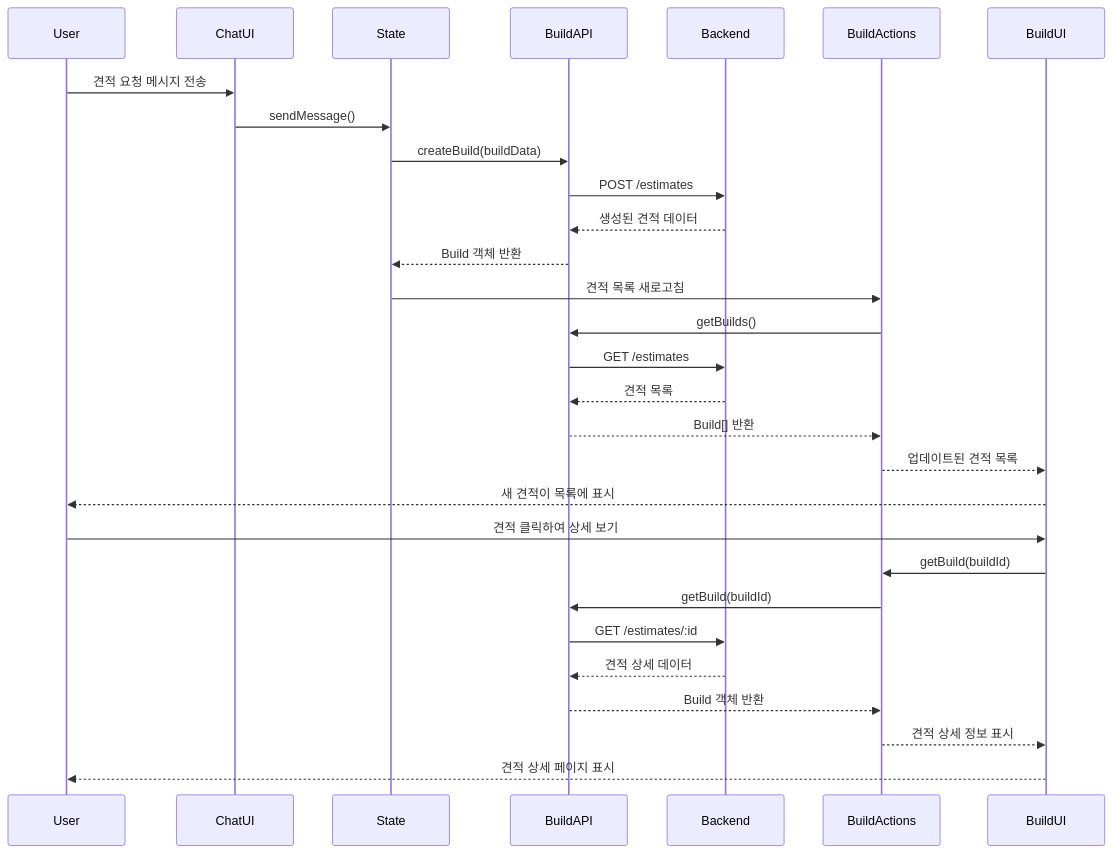
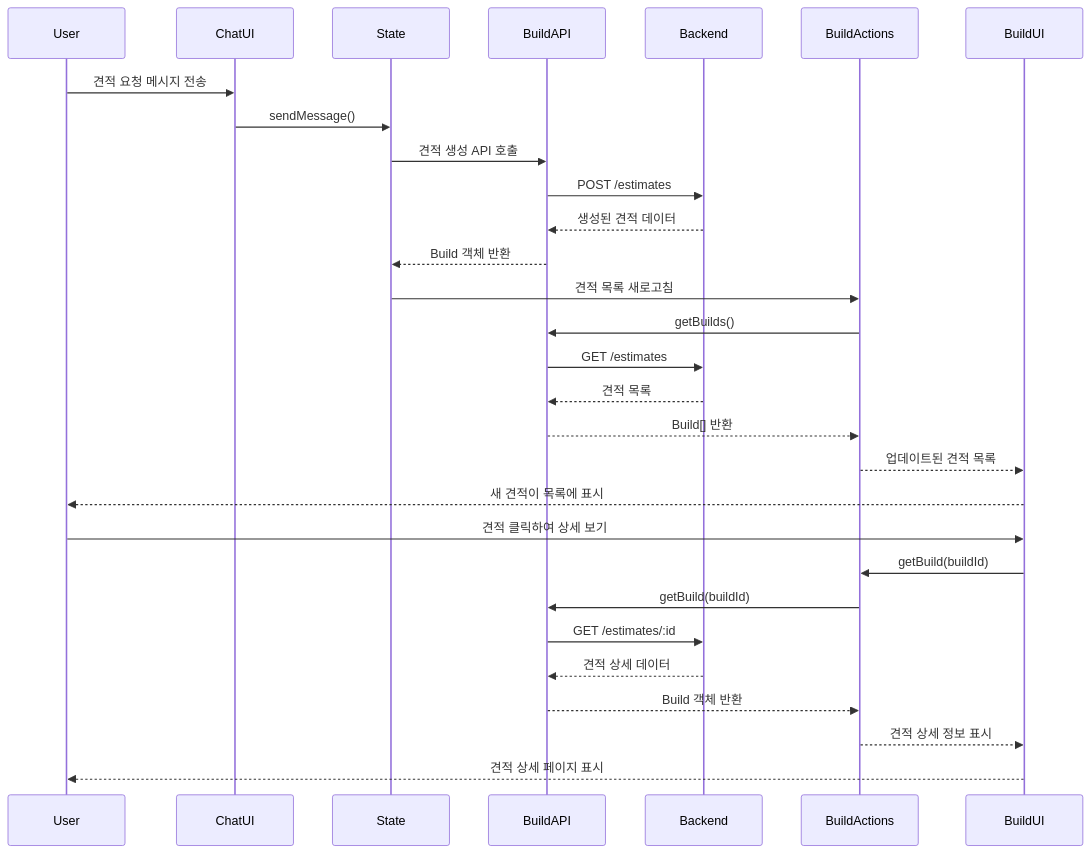
One commit to p0pular131/askspec-chat-assistant changed diagram 11 of 20 in docs/design-specification.md. Above: the diagram before and after it, drawn with Mermaid.

Commit message:
ㅁㄴㅇㄻㄴㅇㄻㄴㅇㄹ

````diff
--- a/docs/design-specification.md
+++ b/docs/design-specification.md
@@ -567,28 +567,28 @@
 ```mermaid
 sequenceDiagram
     User->>ChatUI: 견적 요청 메시지 전송
     ChatUI->>State: sendMessage()
 
-    State->>BuildAPI: createBuild(buildData)
+    State->>BuildAPI: 견적 생성 API 호출
     BuildAPI->>Backend: POST /estimates
     Backend-->>BuildAPI: 생성된 견적 데이터
     BuildAPI-->>State: Build 객체 반환
     
     State->>BuildActions: 견적 목록 새로고침
     BuildActions->>BuildAPI: getBuilds()
     BuildAPI->>Backend: GET /estimates
     Backend-->>BuildAPI: 견적 목록
     BuildAPI-->>BuildActions: Build[] 반환
     
     BuildActions-->>BuildUI: 업데이트된 견적 목록
     BuildUI-->>User: 새 견적이 목록에 표시
     
     User->>BuildUI: 견적 클릭하여 상세 보기
     BuildUI->>BuildActions: getBuild(buildId)
     BuildActions->>BuildAPI: getBuild(buildId)
     BuildAPI->>Backend: GET /estimates/:id
     Backend-->>BuildAPI: 견적 상세 데이터
     BuildAPI-->>BuildActions: Build 객체 반환
     BuildActions-->>BuildUI: 견적 상세 정보 표시
     BuildUI-->>User: 견적 상세 페이지 표시
 ```
````
